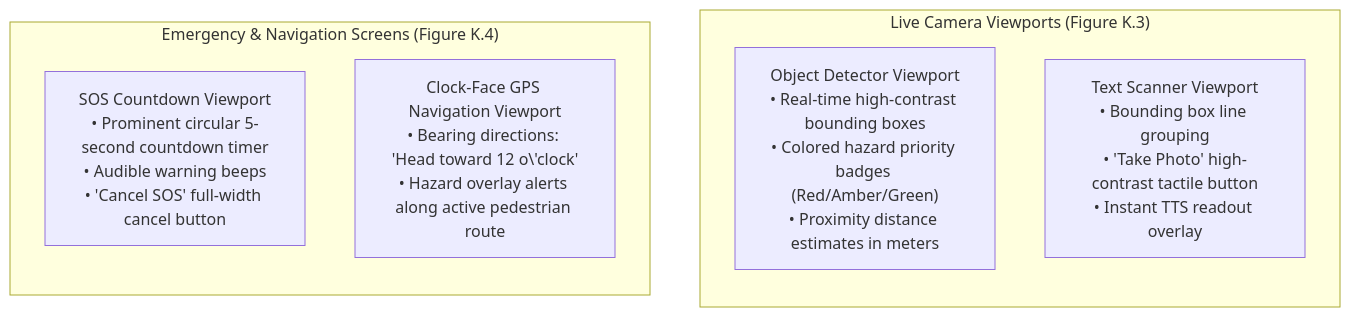
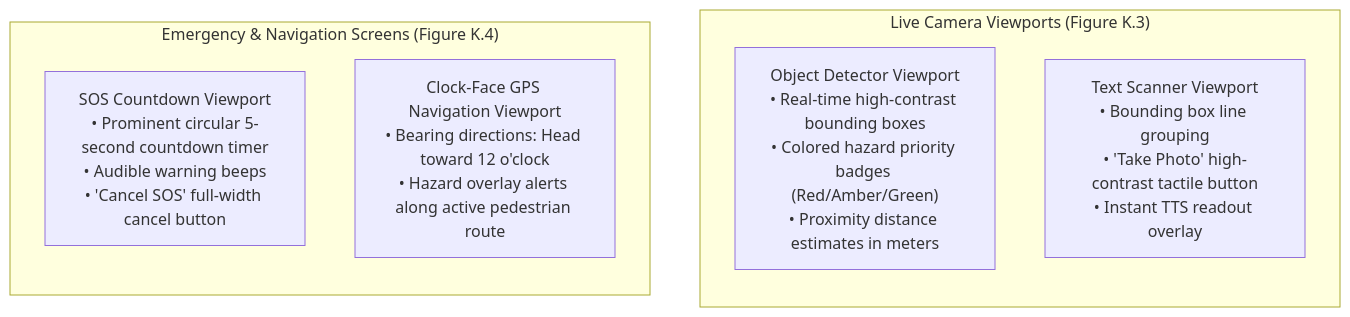
Before and after one commit to Thes-IS-IT/Easylens: the second of 2 diagrams in docs/figures/14_appendix_k_application_screens.md, drawn with Mermaid. The commit also changed 4 other files, not shown here.

Commit message:
fix(docs): resolve Mermaid syntax errors and unquoted edge labels across figures markdown documentation

````diff
--- a/docs/figures/14_appendix_k_application_screens.md
+++ b/docs/figures/14_appendix_k_application_screens.md
@@ -86,14 +86,14 @@
 ```mermaid
 flowchart TD
     subgraph PERCEPTION ["Live Camera Viewports (Figure K.3)"]
         direction TB
         V1["Object Detector Viewport\n• Real-time high-contrast bounding boxes\n• Colored hazard priority badges (Red/Amber/Green)\n• Proximity distance estimates in meters"]
         V2["Text Scanner Viewport\n• Bounding box line grouping\n• 'Take Photo' high-contrast tactile button\n• Instant TTS readout overlay"]
     end
 
     subgraph EMERGENCY_NAV ["Emergency & Navigation Screens (Figure K.4)"]
         direction TB
         S1["SOS Countdown Viewport\n• Prominent circular 5-second countdown timer\n• Audible warning beeps\n• 'Cancel SOS' full-width cancel button"]
-        S2["Clock-Face GPS Navigation Viewport\n• Bearing directions: 'Head toward 12 o\'clock'\n• Hazard overlay alerts along active pedestrian route"]
+        S2["Clock-Face GPS Navigation Viewport<br>• Bearing directions: Head toward 12 o'clock<br>• Hazard overlay alerts along active pedestrian route"]
     end
 ```
````
